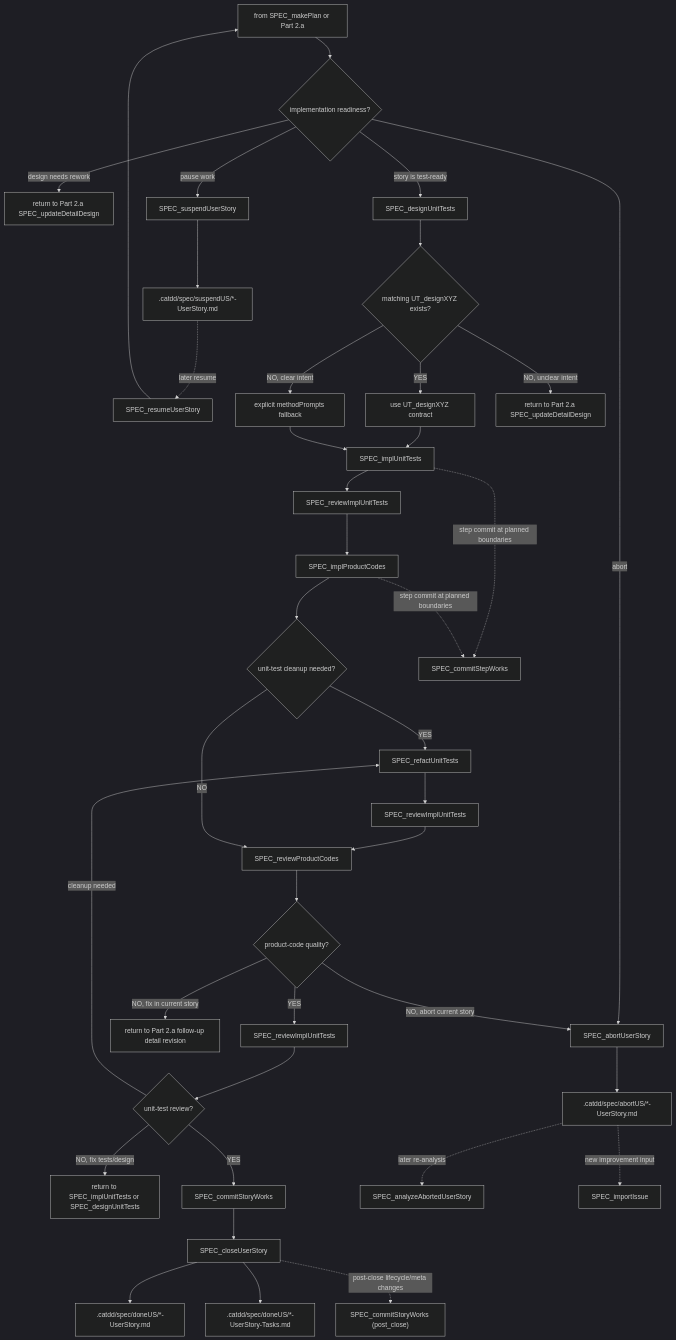
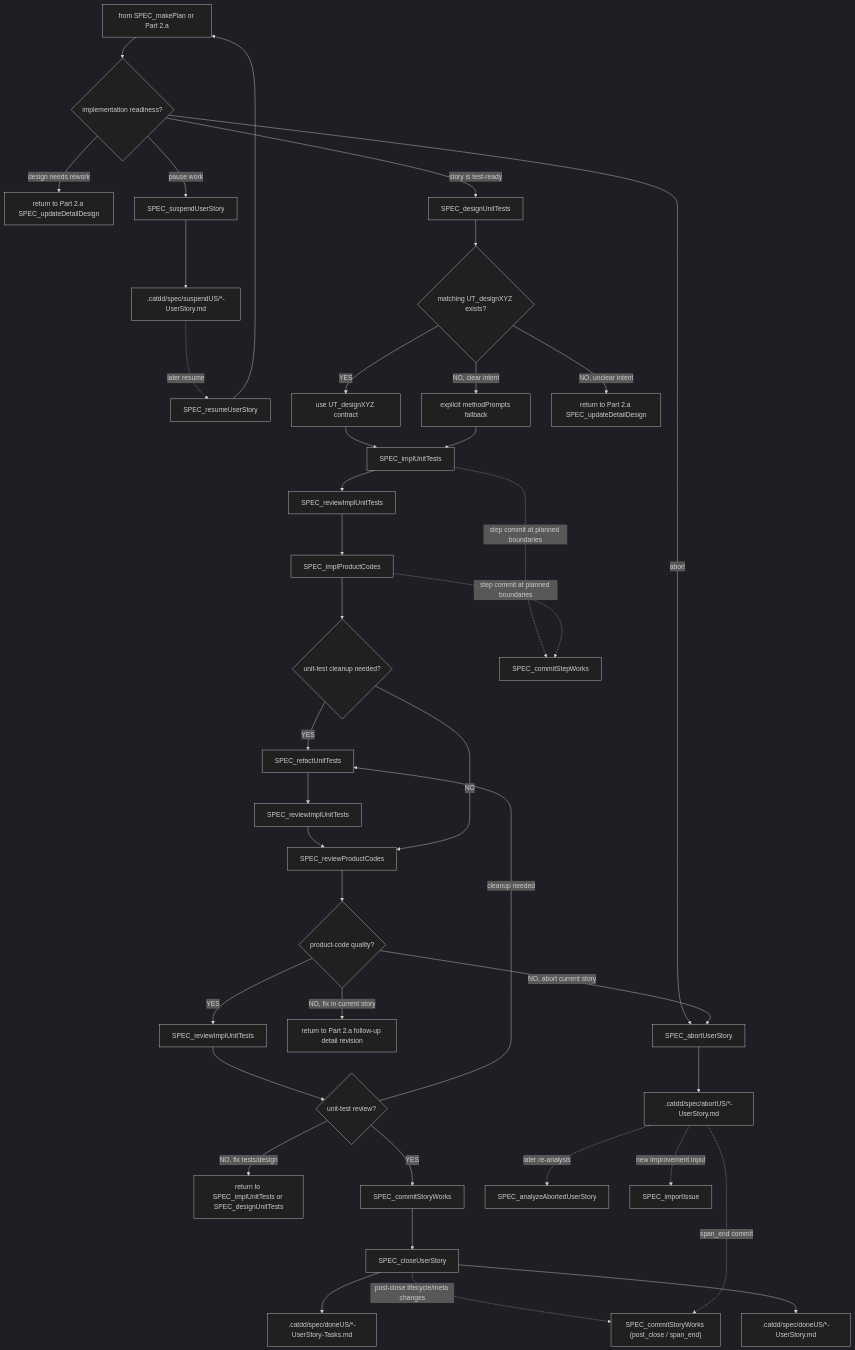
One commit to EnigmaWU/MyCaTDD changed the third of 3 diagrams in slashCommands/flows/Px-SpecFlow_ZH.md. Above: the diagram before and after it, drawn with Mermaid (dark theme). The commit also changed other lines of this file and 13 other files, not shown here.

````diff
--- a/slashCommands/flows/Px-SpecFlow_ZH.md
+++ b/slashCommands/flows/Px-SpecFlow_ZH.md
@@ -337,43 +338,44 @@
 ```mermaid
 flowchart TB
     Part2b["from SPEC_makePlan or Part 2.a"] --> ImplementationChoice{"implementation readiness?"}
     ImplementationChoice -- "design needs rework" --> ReviewStoryRef["return to Part 2.a SPEC_updateDetailDesign"]
     ImplementationChoice -- "pause work" --> Suspend["SPEC_suspendUserStory"]
     Suspend --> SuspendUS[".catdd/spec/suspendUS/*-UserStory.md"]
     SuspendUS -. "later resume" .-> Resume["SPEC_resumeUserStory"]
     Resume --> Part2b
     ImplementationChoice -- "abort" --> Abort2b["SPEC_abortUserStory"]
     ImplementationChoice -- "story is test-ready" --> DesignTests["SPEC_designUnitTests"]
 
     DesignTests --> UTDesign{"matching UT_designXYZ exists?"}
     UTDesign -- "YES" --> CategoryDesign["use UT_designXYZ contract"]
     UTDesign -- "NO, clear intent" --> MethodFallback["explicit methodPrompts fallback"]
     UTDesign -- "NO, unclear intent" --> DetailGap["return to Part 2.a SPEC_updateDetailDesign"]
     CategoryDesign --> ImplTests["SPEC_implUnitTests"]
     MethodFallback --> ImplTests
     ImplTests --> ReviewImplTests["SPEC_reviewImplUnitTests"]
     ReviewImplTests --> ImplCode["SPEC_implProductCodes"]
     ImplCode --> RefactTests{"unit-test cleanup needed?"}
     RefactTests -- "YES" --> RefactUnitTests["SPEC_refactUnitTests"]
     RefactUnitTests --> ReviewImplTestsAfterRefactor["SPEC_reviewImplUnitTests"]
     ReviewImplTestsAfterRefactor --> ReviewCode["SPEC_reviewProductCodes"]
     RefactTests -- "NO" --> ReviewCode
     ReviewCode --> QualityCode{"product-code quality?"}
 
     QualityCode -- "NO, fix in current story" --> DesignRework["return to Part 2.a follow-up detail revision"]
     QualityCode -- "NO, abort current story" --> Abort2b
     QualityCode -- "YES" --> ReviewImplTestsAfterProductCode["SPEC_reviewImplUnitTests"]
     ReviewImplTestsAfterProductCode --> UnitTestQuality{"unit-test review?"}
     UnitTestQuality -- "NO, fix tests/design" --> TestRework["return to SPEC_implUnitTests or SPEC_designUnitTests"]
     UnitTestQuality -- "cleanup needed" --> RefactUnitTests
     UnitTestQuality -- "YES" --> Commit["SPEC_commitStoryWorks"]
     Commit --> Close["SPEC_closeUserStory"]
     ImplTests -. "step commit at planned boundaries" .-> StepCommit["SPEC_commitStepWorks"]
     ImplCode -. "step commit at planned boundaries" .-> StepCommit
     Close --> Done[".catdd/spec/doneUS/*-UserStory.md"]
     Close --> DoneTasks[".catdd/spec/doneUS/*-UserStory-Tasks.md"]
-    Close -. "post-close lifecycle/meta changes" .-> CommitFinalize["SPEC_commitStoryWorks (post_close)"]
+    Close -. "post-close lifecycle/meta changes" .-> CommitFinalize["SPEC_commitStoryWorks (post_close / span_end)"]
     Abort2b --> AbortUS2b[".catdd/spec/abortUS/*-UserStory.md"]
+    AbortUS2b -. "span_end commit" .-> CommitFinalize
     AbortUS2b -. "later re-analysis" .-> AnalyzeAbort2b["SPEC_analyzeAbortedUserStory"]
     AbortUS2b -. "new improvement input" .-> ImportIssue2b["SPEC_importIssue"]
 ```
````
